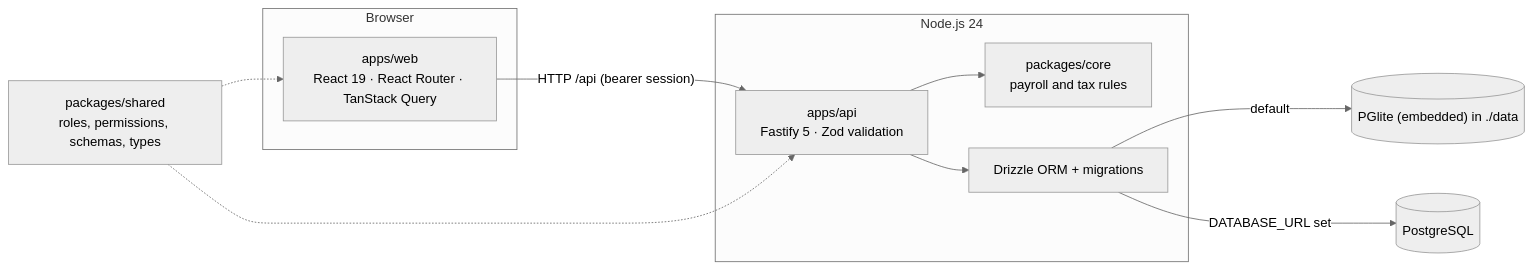
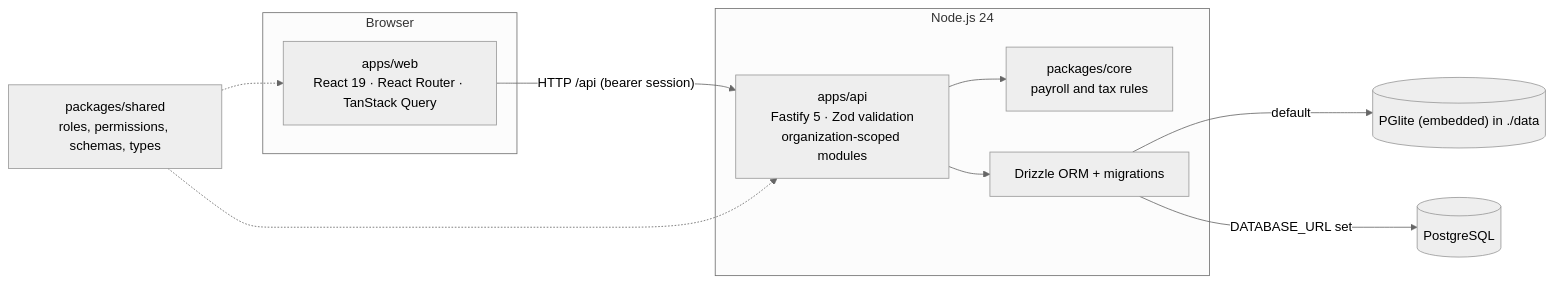
One commit to mehulp007/PayFlow changed the diagram in README.md. Above: the diagram before and after it, drawn with Mermaid (neutral theme). The commit also changed other lines of this file and 12 other files, not shown here.

````diff
--- a/README.md
+++ b/README.md
@@ -31,19 +117,19 @@
 ```mermaid
 flowchart LR
   subgraph Browser
     Web["apps/web<br/>React 19 · React Router · TanStack Query"]
   end
   subgraph Node["Node.js 24"]
-    API["apps/api<br/>Fastify 5 · Zod validation"]
+    API["apps/api<br/>Fastify 5 · Zod validation<br/>organization-scoped modules"]
     Core["packages/core<br/>payroll and tax rules"]
     DB["Drizzle ORM + migrations"]
   end
   Shared["packages/shared<br/>roles, permissions, schemas, types"]
   Web -->|"HTTP /api (bearer session)"| API
   API --> Core
   API --> DB
   DB -->|"default"| PGlite[("PGlite (embedded) in ./data")]
   DB -->|"DATABASE_URL set"| PG[("PostgreSQL")]
   Shared -.-> Web
   Shared -.-> API
 ```
````
